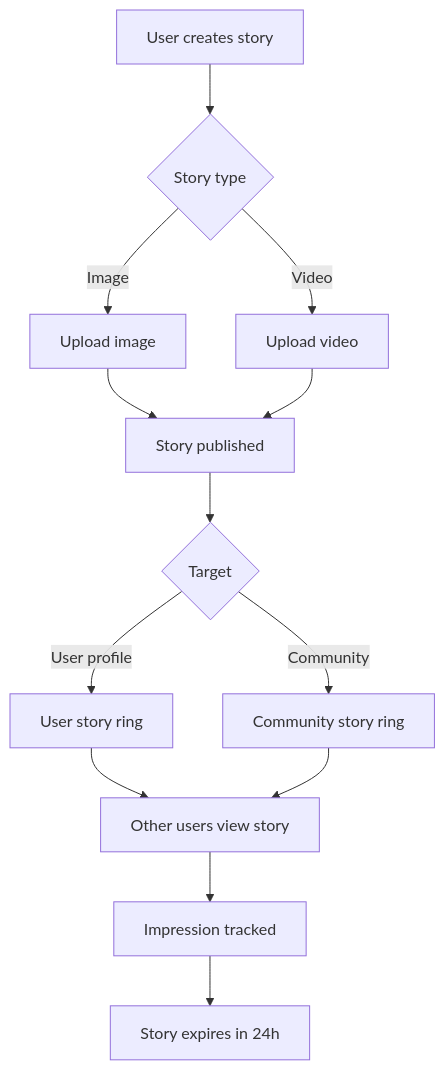
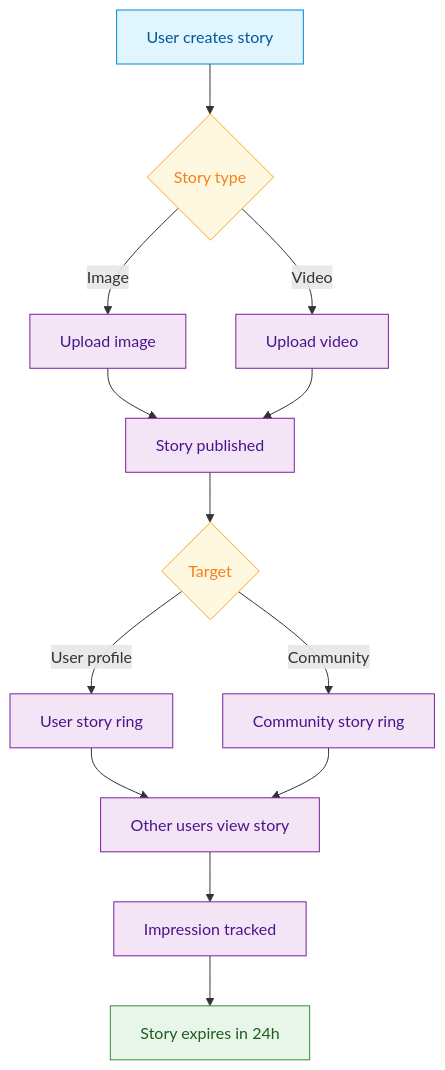
One commit to AmityCo/social-plus-docs changed the diagram in use-cases/social/stories-and-ephemeral-content.mdx. Above: the diagram before and after it, drawn with Mermaid. The commit also changed other lines of this file and 26 other files, not shown here.

````diff
--- a/use-cases/social/stories-and-ephemeral-content.mdx
+++ b/use-cases/social/stories-and-ephemeral-content.mdx
@@ -37,13 +35,23 @@
 ```mermaid
 graph TD
     A[User creates story] --> B{Story type}
     B -->|Image| C[Upload image]
     B -->|Video| D[Upload video]
     C & D --> E[Story published]
     E --> F{Target}
     F -->|User profile| G[User story ring]
     F -->|Community| H[Community story ring]
     G & H --> I[Other users view story]
     I --> J[Impression tracked]
     J --> K[Story expires in 24h]
+
+    classDef action fill:#e1f5fe,stroke:#0288d1,color:#01579b
+    classDef decision fill:#fff8e1,stroke:#f9a825,color:#f57f17
+    classDef process fill:#f3e5f5,stroke:#7b1fa2,color:#4a148c
+    classDef outcome fill:#e8f5e9,stroke:#388e3c,color:#1b5e20
+
+    class A action
+    class B,F decision
+    class C,D,E,G,H,I,J process
+    class K outcome
 ```
````
